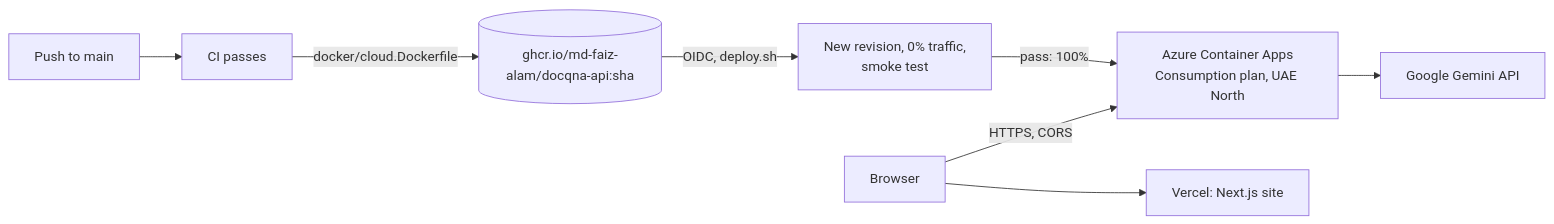
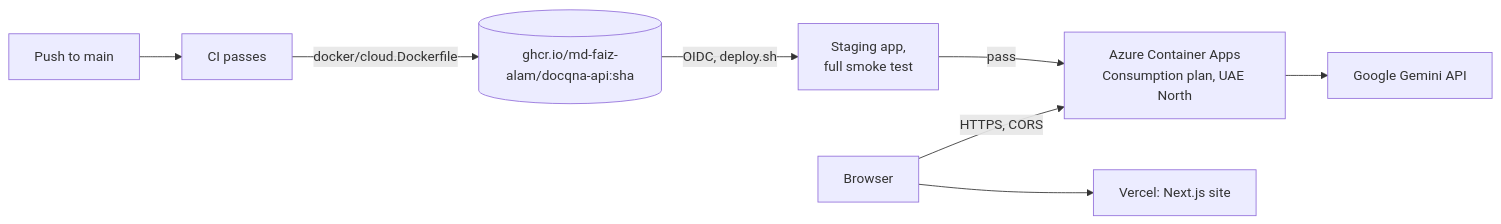
One commit to Md-Faiz-Alam/docqna changed the seventh of 7 diagrams in docs/architecture.md. Above: the diagram before and after it, drawn with Mermaid. The commit also changed other lines of this file and 12 other files, not shown here.

Commit message:
Deploy through a staging app first; report the build commit in /info

````diff
--- a/docs/architecture.md
+++ b/docs/architecture.md
@@ -254,10 +254,10 @@
 ```mermaid
 flowchart LR
     DEV[Push to main] --> CI[CI passes]
     CI -->|docker/cloud.Dockerfile| GHCR[(ghcr.io/md-faiz-alam/docqna-api:sha)]
-    GHCR -->|OIDC, deploy.sh| REV[New revision, 0% traffic,<br/>smoke test]
-    REV -->|pass: 100%| ACA[Azure Container Apps<br/>Consumption plan, UAE North]
+    GHCR -->|OIDC, deploy.sh| STG[Staging app,<br/>full smoke test]
+    STG -->|pass| ACA[Azure Container Apps<br/>Consumption plan, UAE North]
     USER[Browser] --> VC[Vercel: Next.js site]
     USER -->|HTTPS, CORS| ACA
     ACA --> GEM[Google Gemini API]
 ```
````
